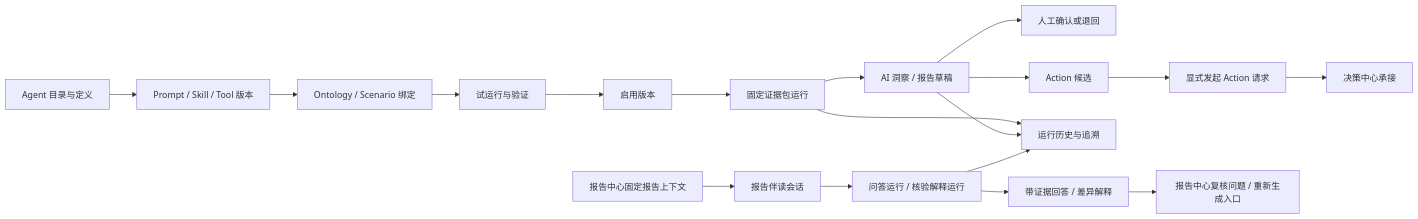
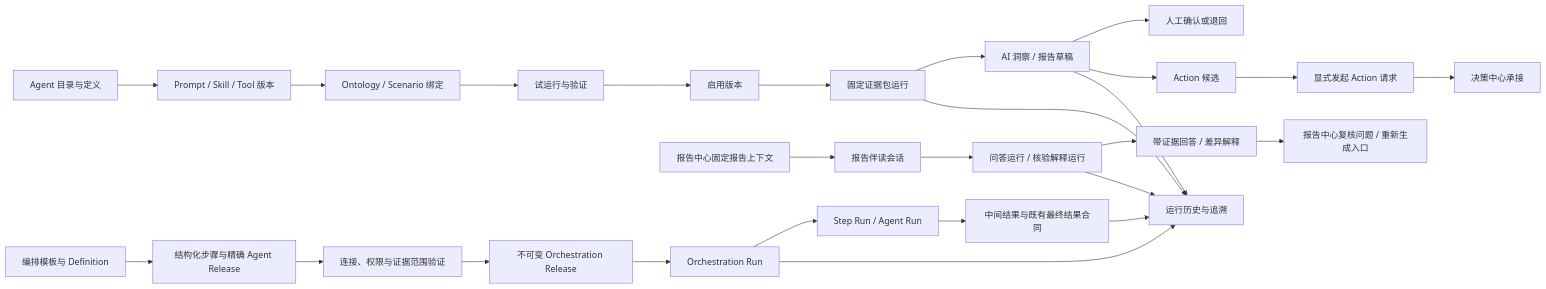
Before and after one commit to unazdoo/ontology3.0: the first of 2 diagrams in deliverables/新项目功能设计-阶段5Agent应用-v0.1.md, drawn with Mermaid. The commit also changed other lines of this file and 1049 other files, not shown here.

````diff
--- a/deliverables/新项目功能设计-阶段5Agent应用-v0.1.md
+++ b/deliverables/新项目功能设计-阶段5Agent应用-v0.1.md
@@ -104,20 +119,28 @@
 ```mermaid
 flowchart LR
     A["Agent 目录与定义"] --> B["Prompt / Skill / Tool 版本"]
     B --> C["Ontology / Scenario 绑定"]
     C --> D["试运行与验证"]
     D --> E["启用版本"]
     E --> F["固定证据包运行"]
     F --> G["AI 洞察 / 报告草稿"]
     G --> H["人工确认或退回"]
     G --> I["Action 候选"]
     I --> J["显式发起 Action 请求"]
     J --> K["决策中心承接"]
     F --> L["运行历史与追溯"]
     G --> L
     M["报告中心固定报告上下文"] --> N["报告伴读会话"]
     N --> O["问答运行 / 核验解释运行"]
     O --> P["带证据回答 / 差异解释"]
     P --> Q["报告中心复核问题 / 重新生成入口"]
     O --> L
+    R["编排模板与 Definition"] --> S["结构化步骤与精确 Agent Release"]
+    S --> T["连接、权限与证据范围验证"]
+    T --> U["不可变 Orchestration Release"]
+    U --> V["Orchestration Run"]
+    V --> W["Step Run / Agent Run"]
+    W --> X["中间结果与既有最终结果合同"]
+    V --> L
+    X --> L
 ```
````
